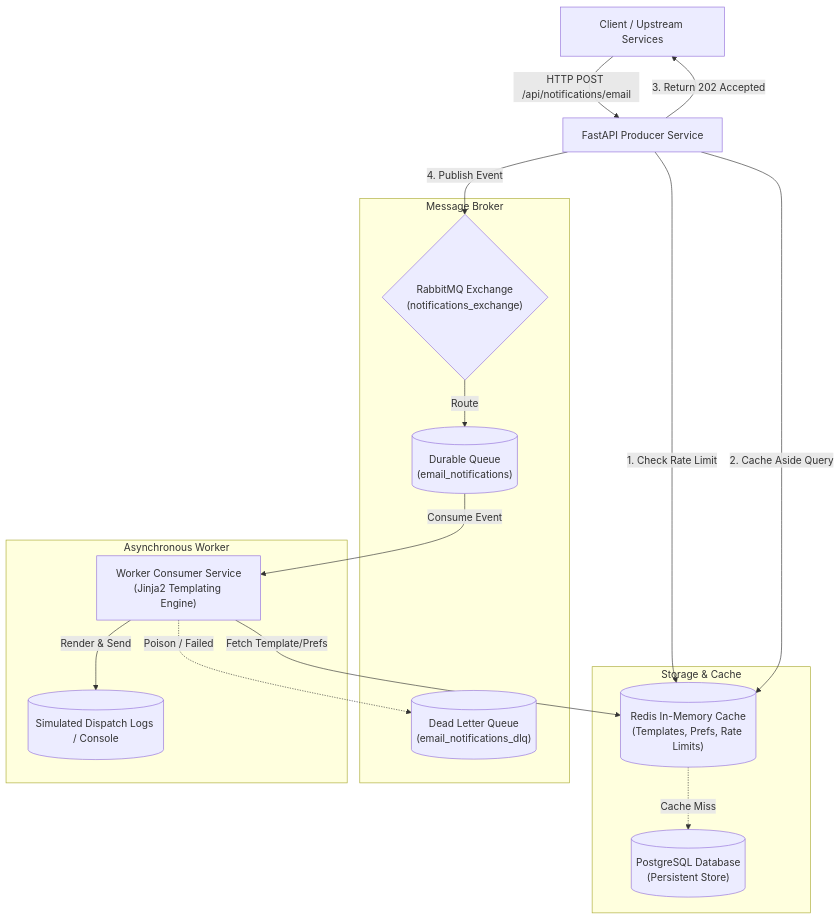
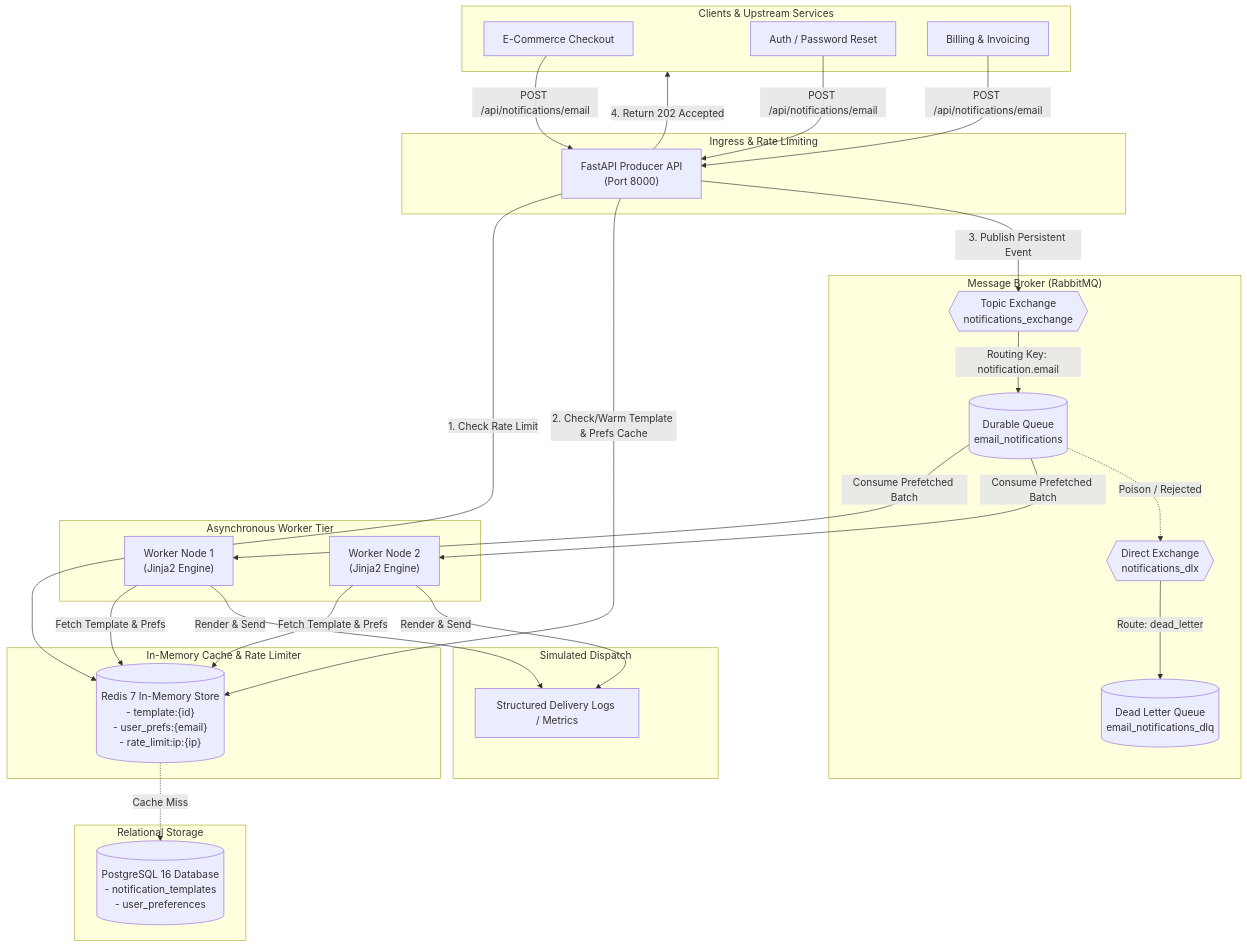
Before and after one commit to ramalokeshreddyp/notifyflow-email-service: the first of 4 diagrams in ARCHITECTURE.md, drawn with Mermaid. The commit also changed other lines of this file and 2 other files, not shown here.

Commit message:
docs: add comprehensive README.md, architecture.md, and projectdocumentation.md with diagrams

````diff
--- a/ARCHITECTURE.md
+++ b/ARCHITECTURE.md
@@ -11,31 +18,58 @@
 ```mermaid
 flowchart TD
-    Client["Client / Upstream Services"] -->|HTTP POST /api/notifications/email| API["FastAPI Producer Service"]
-    
-    subgraph Storage & Cache
-        Redis[("Redis In-Memory Cache\n(Templates, Prefs, Rate Limits)")]
-        Postgres[("PostgreSQL Database\n(Persistent Store)")]
+    subgraph Clients["Clients & Upstream Services"]
+        ECom["E-Commerce Checkout"]
+        Auth["Auth / Password Reset"]
+        Billing["Billing & Invoicing"]
     end
 
-    subgraph Message Broker
-        Exchange{"RabbitMQ Exchange\n(notifications_exchange)"}
-        Queue[("Durable Queue\n(email_notifications)")]
-        DLQ[("Dead Letter Queue\n(email_notifications_dlq)")]
+    subgraph Ingress["Ingress & Rate Limiting"]
+        API["FastAPI Producer API\n(Port 8000)"]
     end
 
-    subgraph Asynchronous Worker
-        Worker["Worker Consumer Service\n(Jinja2 Templating Engine)"]
-        Logs[("Simulated Dispatch Logs / Console")]
+    subgraph CacheLayer["In-Memory Cache & Rate Limiter"]
+        Redis[("Redis 7 In-Memory Store\n- template:{id}\n- user_prefs:{email}\n- rate_limit:ip:{ip}")]
     end
 
+    subgraph Persistence["Relational Storage"]
+        Postgres[("PostgreSQL 16 Database\n- notification_templates\n- user_preferences")]
+    end
+
+    subgraph MessageBroker["Message Broker (RabbitMQ)"]
+        Exchange{{"Topic Exchange\nnotifications_exchange"}}
+        Queue[("Durable Queue\nemail_notifications")]
+        DLX{{"Direct Exchange\nnotifications_dlx"}}
+        DLQ[("Dead Letter Queue\nemail_notifications_dlq")]
+    end
+
+    subgraph WorkerPool["Asynchronous Worker Tier"]
+        Worker1["Worker Node 1\n(Jinja2 Engine)"]
+        Worker2["Worker Node 2\n(Jinja2 Engine)"]
+    end
+
+    subgraph Delivery["Simulated Dispatch"]
+        Console["Structured Delivery Logs / Metrics"]
+    end
+
+    ECom -->|POST /api/notifications/email| API
+    Auth -->|POST /api/notifications/email| API
+    Billing -->|POST /api/notifications/email| API
+
     API -->|1. Check Rate Limit| Redis
-    API -->|2. Cache Aside Query| Redis
+    API -->|2. Check/Warm Template & Prefs Cache| Redis
     Redis -.->|Cache Miss| Postgres
-    API -->|3. Return 202 Accepted| Client
-    API -->|4. Publish Event| Exchange
-    Exchange -->|Route| Queue
-    Queue -->|Consume Event| Worker
-    Worker -->|Fetch Template/Prefs| Redis
-    Worker -->|Render & Send| Logs
-    Worker -.->|Poison / Failed| DLQ
+    API -->|3. Publish Persistent Event| Exchange
+    API -->|4. Return 202 Accepted| Clients
+
+    Exchange -->|Routing Key: notification.email| Queue
+    Queue -->|Consume Prefetched Batch| Worker1
+    Queue -->|Consume Prefetched Batch| Worker2
+
+    Worker1 -->|Fetch Template & Prefs| Redis
+    Worker2 -->|Fetch Template & Prefs| Redis
+    Worker1 -->|Render & Send| Console
+    Worker2 -->|Render & Send| Console
+
+    Queue -.->|Poison / Rejected| DLX
+    DLX -->|Route: dead_letter| DLQ
 ```
````
